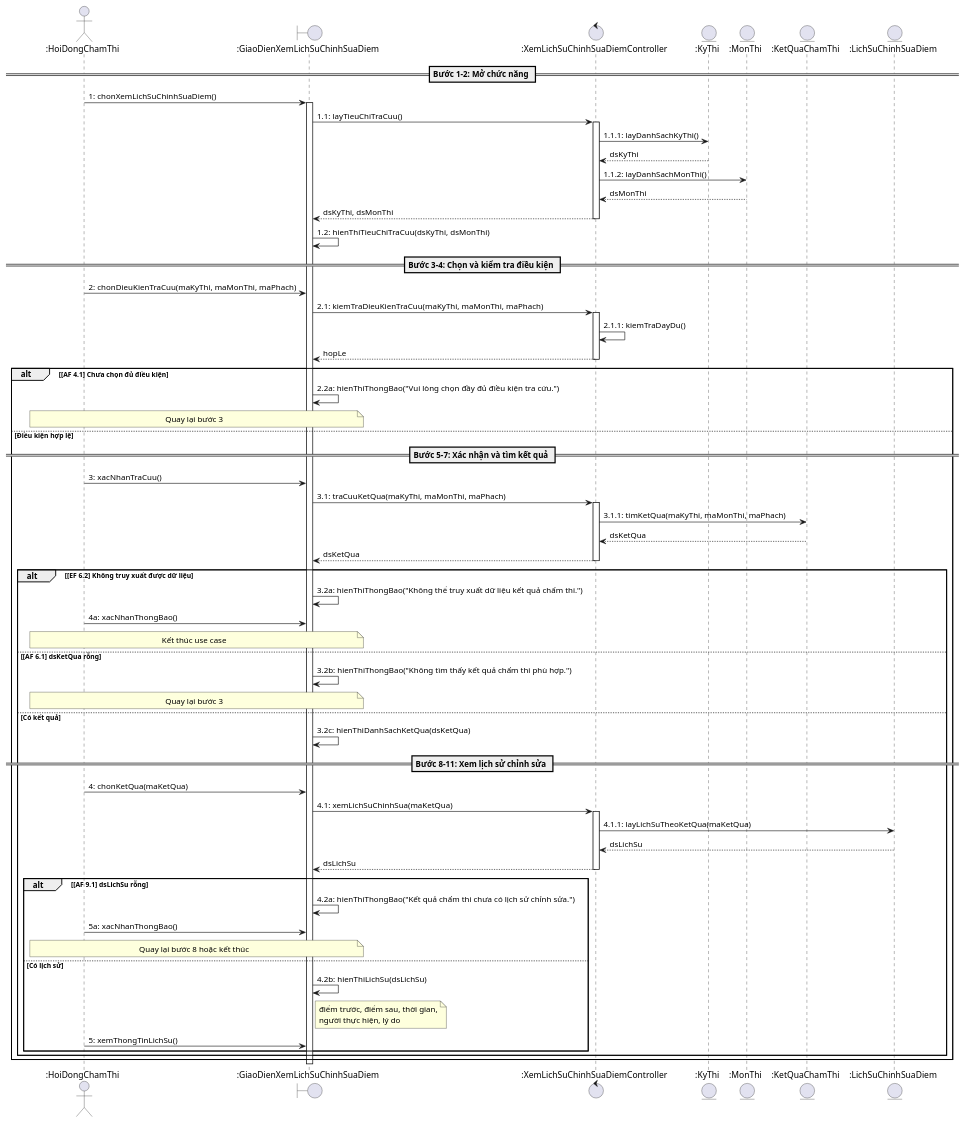
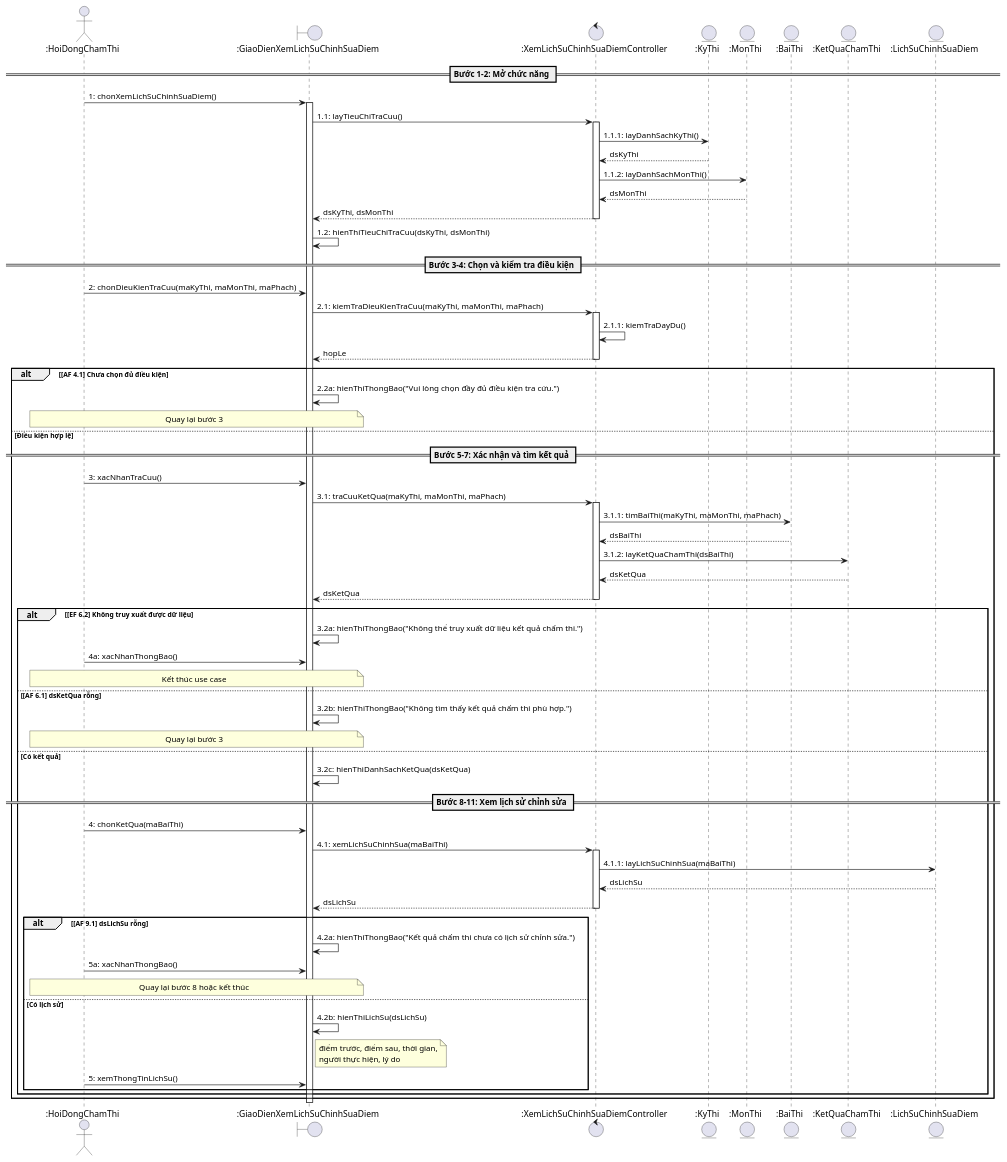
Before and after one commit to ngoclinh090608-wq/-sequence-diagram: the diagram in UC12_XemLichSuChinhSuaDiem.puml, drawn with PlantUML. The commit also changed 3 other files, not shown here.

Commit message:
Update UC12: add BaiThi entity

```diff
--- a/UC12_XemLichSuChinhSuaDiem.puml
+++ b/UC12_XemLichSuChinhSuaDiem.puml
@@ -1,74 +1,77 @@
 @startuml UC12_XemLichSuChinhSuaDiem
 actor ":HoiDongChamThi" as HD
 boundary ":GiaoDienXemLichSuChinhSuaDiem" as GD
 control ":XemLichSuChinhSuaDiemController" as CT
 entity ":KyThi" as KT
 entity ":MonThi" as MT
+entity ":BaiThi" as BT
 entity ":KetQuaChamThi" as KQ
 entity ":LichSuChinhSuaDiem" as LS
 
 == Bước 1–2: Mở chức năng ==
 HD -> GD : 1: chonXemLichSuChinhSuaDiem()
 activate GD
 GD -> CT : 1.1: layTieuChiTraCuu()
 activate CT
 CT -> KT : 1.1.1: layDanhSachKyThi()
 KT --> CT : dsKyThi
 CT -> MT : 1.1.2: layDanhSachMonThi()
 MT --> CT : dsMonThi
 CT --> GD : dsKyThi, dsMonThi
 deactivate CT
 GD -> GD : 1.2: hienThiTieuChiTraCuu(dsKyThi, dsMonThi)
 
 == Bước 3–4: Chọn và kiểm tra điều kiện ==
 HD -> GD : 2: chonDieuKienTraCuu(maKyThi, maMonThi, maPhach)
 GD -> CT : 2.1: kiemTraDieuKienTraCuu(maKyThi, maMonThi, maPhach)
 activate CT
 CT -> CT : 2.1.1: kiemTraDayDu()
 CT --> GD : hopLe
 deactivate CT
 
 alt [AF 4.1] Chưa chọn đủ điều kiện
   GD -> GD : 2.2a: hienThiThongBao("Vui lòng chọn đầy đủ điều kiện tra cứu.")
   note over HD, GD : Quay lại bước 3
 else Điều kiện hợp lệ
   == Bước 5–7: Xác nhận và tìm kết quả ==
   HD -> GD : 3: xacNhanTraCuu()
   GD -> CT : 3.1: traCuuKetQua(maKyThi, maMonThi, maPhach)
   activate CT
-  CT -> KQ : 3.1.1: timKetQua(maKyThi, maMonThi, maPhach)
+  CT -> BT : 3.1.1: timBaiThi(maKyThi, maMonThi, maPhach)
+  BT --> CT : dsBaiThi
+  CT -> KQ : 3.1.2: layKetQuaChamThi(dsBaiThi)
   KQ --> CT : dsKetQua
   CT --> GD : dsKetQua
   deactivate CT
 
   alt [EF 6.2] Không truy xuất được dữ liệu
     GD -> GD : 3.2a: hienThiThongBao("Không thể truy xuất dữ liệu kết quả chấm thi.")
     HD -> GD : 4a: xacNhanThongBao()
     note over HD, GD : Kết thúc use case
   else [AF 6.1] dsKetQua rỗng
     GD -> GD : 3.2b: hienThiThongBao("Không tìm thấy kết quả chấm thi phù hợp.")
     note over HD, GD : Quay lại bước 3
   else Có kết quả
     GD -> GD : 3.2c: hienThiDanhSachKetQua(dsKetQua)
     == Bước 8–11: Xem lịch sử chỉnh sửa ==
-    HD -> GD : 4: chonKetQua(maKetQua)
-    GD -> CT : 4.1: xemLichSuChinhSua(maKetQua)
+    HD -> GD : 4: chonKetQua(maBaiThi)
+    GD -> CT : 4.1: xemLichSuChinhSua(maBaiThi)
     activate CT
-    CT -> LS : 4.1.1: layLichSuTheoKetQua(maKetQua)
+    CT -> LS : 4.1.1: layLichSuChinhSua(maBaiThi)
     LS --> CT : dsLichSu
     CT --> GD : dsLichSu
     deactivate CT
 
     alt [AF 9.1] dsLichSu rỗng
       GD -> GD : 4.2a: hienThiThongBao("Kết quả chấm thi chưa có lịch sử chỉnh sửa.")
       HD -> GD : 5a: xacNhanThongBao()
       note over HD, GD : Quay lại bước 8 hoặc kết thúc
     else Có lịch sử
       GD -> GD : 4.2b: hienThiLichSu(dsLichSu)
       note right of GD : điểm trước, điểm sau, thời gian,\nngười thực hiện, lý do
       HD -> GD : 5: xemThongTinLichSu()
     end
   end
 end
 deactivate GD
 @enduml
```
